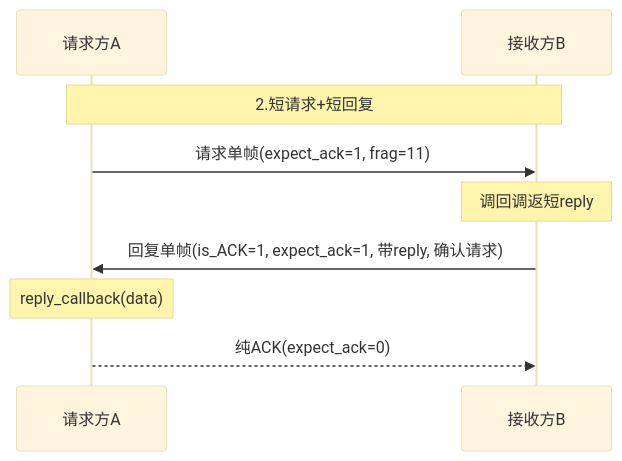
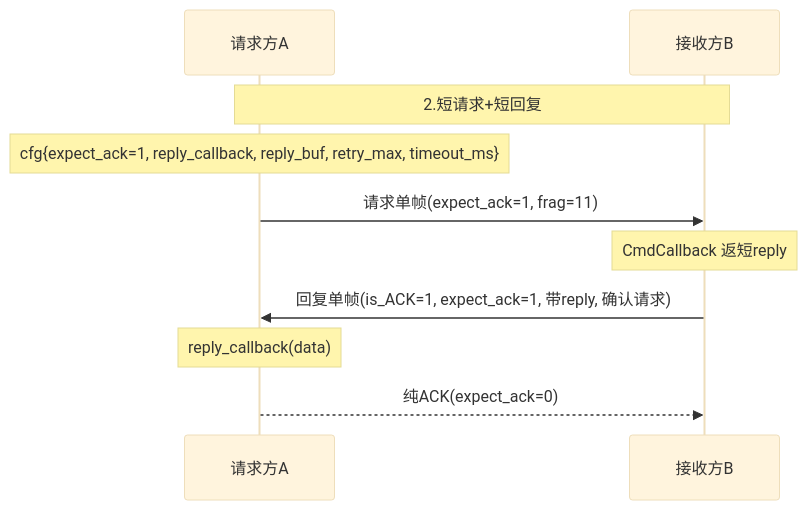
Before and after one commit to Siaiai/ObsidianNote: the second of 14 diagrams in 工作/项目/代码/260401S3分拣面板-SIA-R9000P.md, drawn with Mermaid (base theme). The commit also changed other lines of this file and 1 other file, not shown here.

````diff
--- a/工作/项目/代码/260401S3分拣面板-SIA-R9000P.md
+++ b/工作/项目/代码/260401S3分拣面板-SIA-R9000P.md
@@ -97,11 +111,12 @@
 ```mermaid
 sequenceDiagram
     participant A as 请求方A
     participant B as 接收方B
     Note over A,B: 2.短请求+短回复
+    Note over A: cfg{expect_ack=1, reply_callback, reply_buf, retry_max, timeout_ms}
     A->>B: 请求单帧(expect_ack=1, frag=11)
-    Note over B: 调回调返短reply
+    Note over B: CmdCallback 返短reply
     B->>A: 回复单帧(is_ACK=1, expect_ack=1, 带reply, 确认请求)
     Note over A: reply_callback(data)
     A-->>B: 纯ACK(expect_ack=0)
 ```
````
